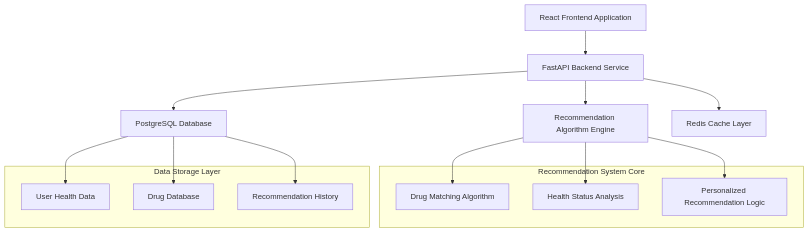
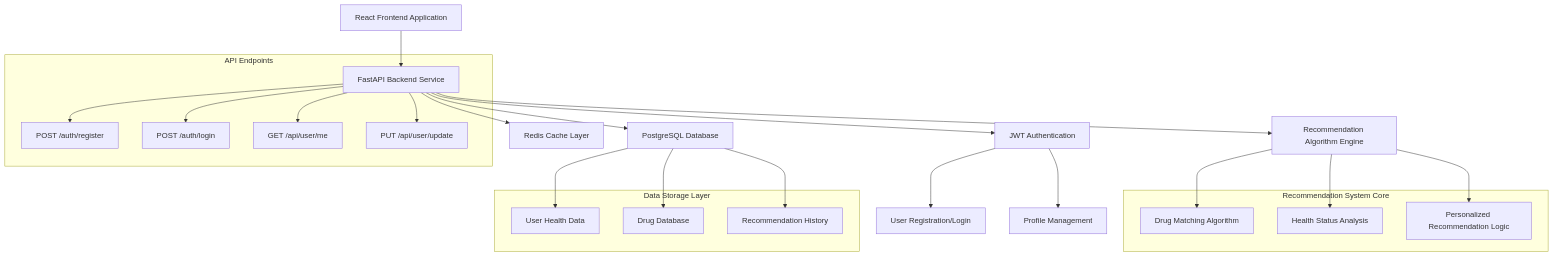
Before and after one commit to mato1321/Healixir: the diagram in README.md, drawn with Mermaid. The commit also changed other lines of this file, not shown here.

````diff
--- a/README.md
+++ b/README.md
@@ -67,27 +69,38 @@
 ```mermaid
 graph TD
     A[React Frontend Application] --> B[FastAPI Backend Service]
-    B --> C[Recommendation Algorithm Engine]
+    B --> C[JWT Authentication]
     B --> D[PostgreSQL Database]
-    B --> E[Redis Cache Layer]
+    B --> E[Recommendation Algorithm Engine]
+    B --> F[Redis Cache Layer]
     
-    C --> F[Drug Matching Algorithm]
-    C --> G[Health Status Analysis]
-    C --> H[Personalized Recommendation Logic]
+    C --> G[User Registration/Login]
+    C --> H[Profile Management]
     
     D --> I[User Health Data]
     D --> J[Drug Database]
     D --> K[Recommendation History]
     
+    E --> L[Drug Matching Algorithm]
+    E --> M[Health Status Analysis]
+    E --> N[Personalized Recommendation Logic]
+    
     subgraph "Recommendation System Core"
-        F
-        G  
-        H
+        L
+        M
+        N
     end
     
     subgraph "Data Storage Layer"
         I
         J
         K
     end
+    
+    subgraph "API Endpoints"
+        B --> B1[POST /auth/register]
+        B --> B2[POST /auth/login]
+        B --> B3[GET /api/user/me]
+        B --> B4[PUT /api/user/update]
+    end
 ```
````
